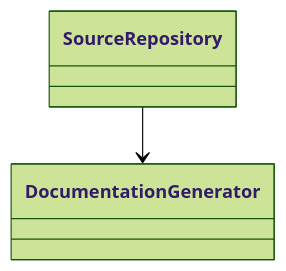
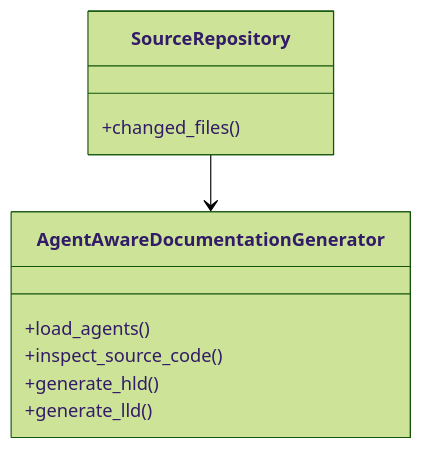
The first of 2 diagrams in docs/02-Architecture-and-Designs/02-Low-Level-Designs/greenfield-network-lld.md (jijeeshlab/doc-as-code), drawn with Mermaid (forest theme) before and after one commit. The commit also changed other lines of this file and 1 other file, not shown here.

Commit message:
Generate documentation using agents

````diff
--- a/docs/02-Architecture-and-Designs/02-Low-Level-Designs/greenfield-network-lld.md
+++ b/docs/02-Architecture-and-Designs/02-Low-Level-Designs/greenfield-network-lld.md
@@ -25,7 +39,13 @@
 ```mermaid
 classDiagram
-    class SourceRepository
-    class DocumentationGenerator
-
-    SourceRepository --> DocumentationGenerator
+    class SourceRepository {
+        +changed_files()
+    }
+    class AgentAwareDocumentationGenerator {
+        +load_agents()
+        +inspect_source_code()
+        +generate_hld()
+        +generate_lld()
+    }
+    SourceRepository --> AgentAwareDocumentationGenerator
 ```
````
